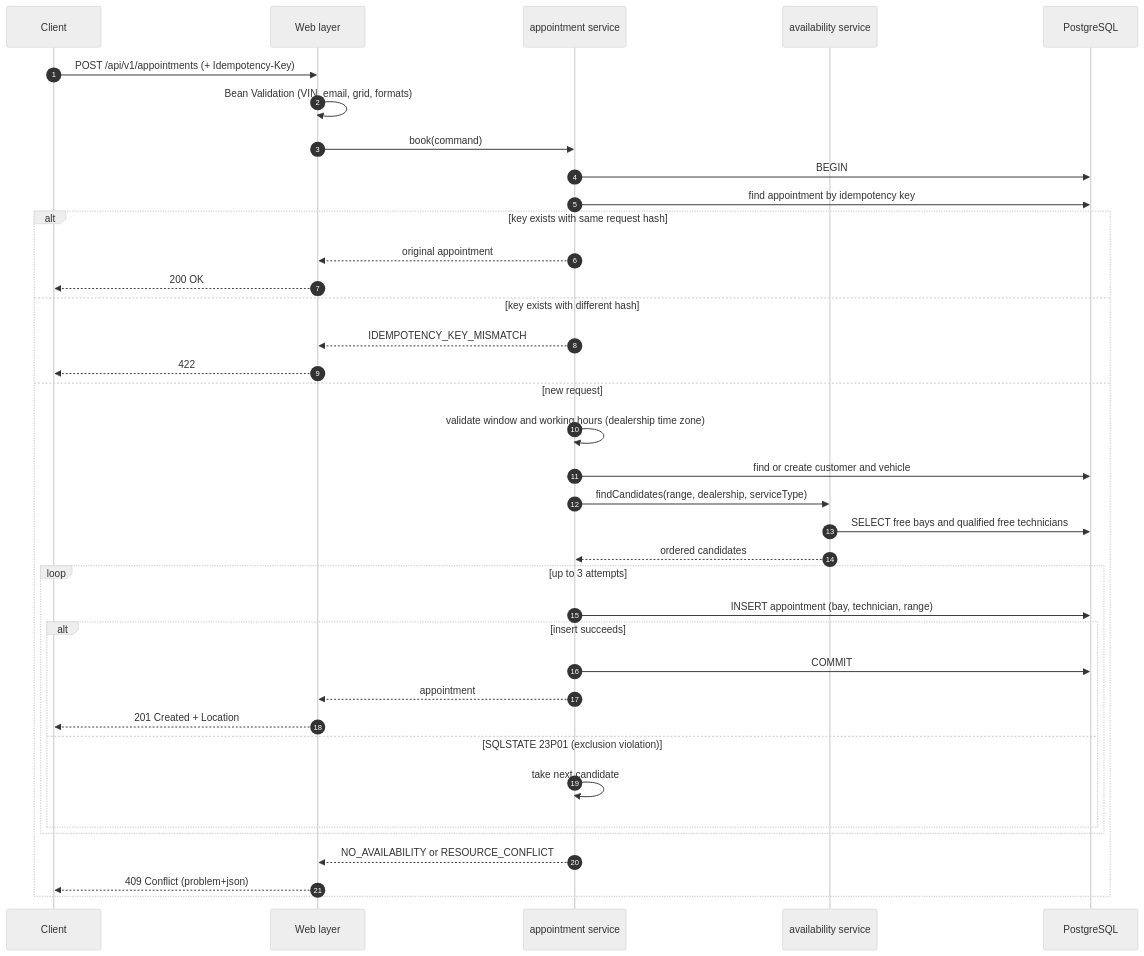
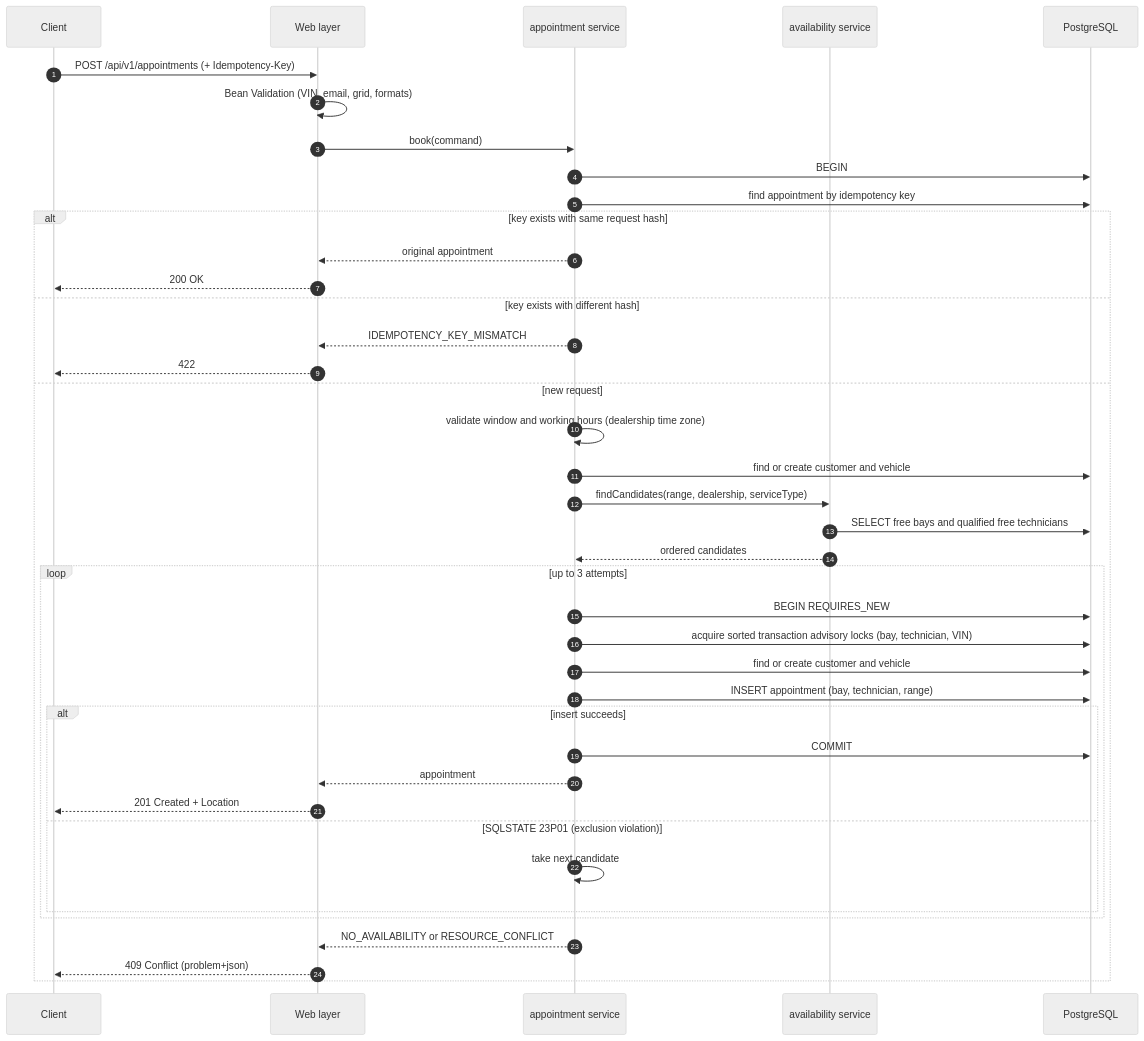
The second of 4 diagrams in docs/designs/system_design_documents.md (Hientrietman/kl_asm), drawn with Mermaid (neutral theme) before and after one commit. The commit also changed other lines of this file and 37 other files, not shown here.

````diff
--- a/docs/designs/system_design_documents.md
+++ b/docs/designs/system_design_documents.md
@@ -118,40 +118,43 @@
 ```mermaid
 sequenceDiagram
     autonumber
     participant C as Client
     participant W as Web layer
     participant A as appointment service
     participant V as availability service
     participant D as PostgreSQL
 
     C->>W: POST /api/v1/appointments (+ Idempotency-Key)
     W->>W: Bean Validation (VIN, email, grid, formats)
     W->>A: book(command)
     A->>D: BEGIN
     A->>D: find appointment by idempotency key
     alt key exists with same request hash
         A-->>W: original appointment
         W-->>C: 200 OK
     else key exists with different hash
         A-->>W: IDEMPOTENCY_KEY_MISMATCH
         W-->>C: 422
     else new request
         A->>A: validate window and working hours (dealership time zone)
         A->>D: find or create customer and vehicle
         A->>V: findCandidates(range, dealership, serviceType)
         V->>D: SELECT free bays and qualified free technicians
         V-->>A: ordered candidates
         loop up to 3 attempts
+            A->>D: BEGIN REQUIRES_NEW
+            A->>D: acquire sorted transaction advisory locks (bay, technician, VIN)
+            A->>D: find or create customer and vehicle
             A->>D: INSERT appointment (bay, technician, range)
             alt insert succeeds
                 A->>D: COMMIT
                 A-->>W: appointment
                 W-->>C: 201 Created + Location
             else SQLSTATE 23P01 (exclusion violation)
                 A->>A: take next candidate
             end
         end
         A-->>W: NO_AVAILABILITY or RESOURCE_CONFLICT
         W-->>C: 409 Conflict (problem+json)
     end
 ```
````
